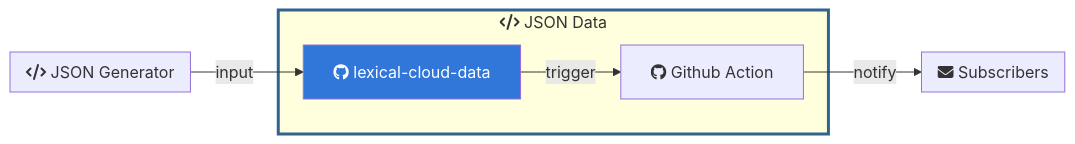
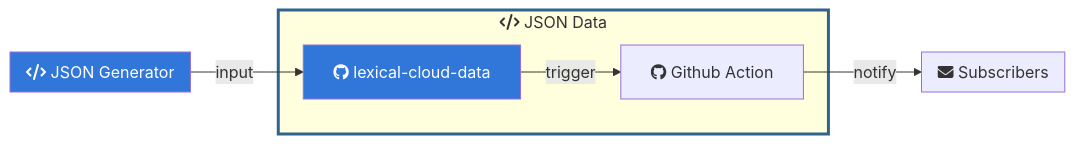
Diagram 11 of 11 in en/pages/project.md (lexical-cloud/lexical-cloud-docs), drawn with Mermaid before and after one commit. The commit also changed other lines of this file, not shown here.

````diff
--- a/en/pages/project.md
+++ b/en/pages/project.md
@@ -532,24 +541,25 @@
 ```mermaid
 flowchart LR
 %% entities
   C1["fab:fa-github lexical-cloud-data"]
   C2["fab:fa-github Github Action"]
 %% groups
   subgraph G1["fa:fa-code JSON Generator"]
   end
   subgraph G2["fa:fa-code JSON Data"]
     C1
     C2
   end
   subgraph G3["fa:fa-envelope Subscribers"]
   end
 %% relationships
    G1 -->|input| C1
    C1 -->|trigger| C2
    C2 -->|notify| G3
 %% styles
   classDef clickable fill:#3176d9,color:white
   style G2 stroke:#30638E,stroke-width:3px
 %% interactions
   click C1 href "https://www.github.com/lexical-cloud/lexical-cloud-data" _blank
+  click G1 "#json-generator"
 ```
````
